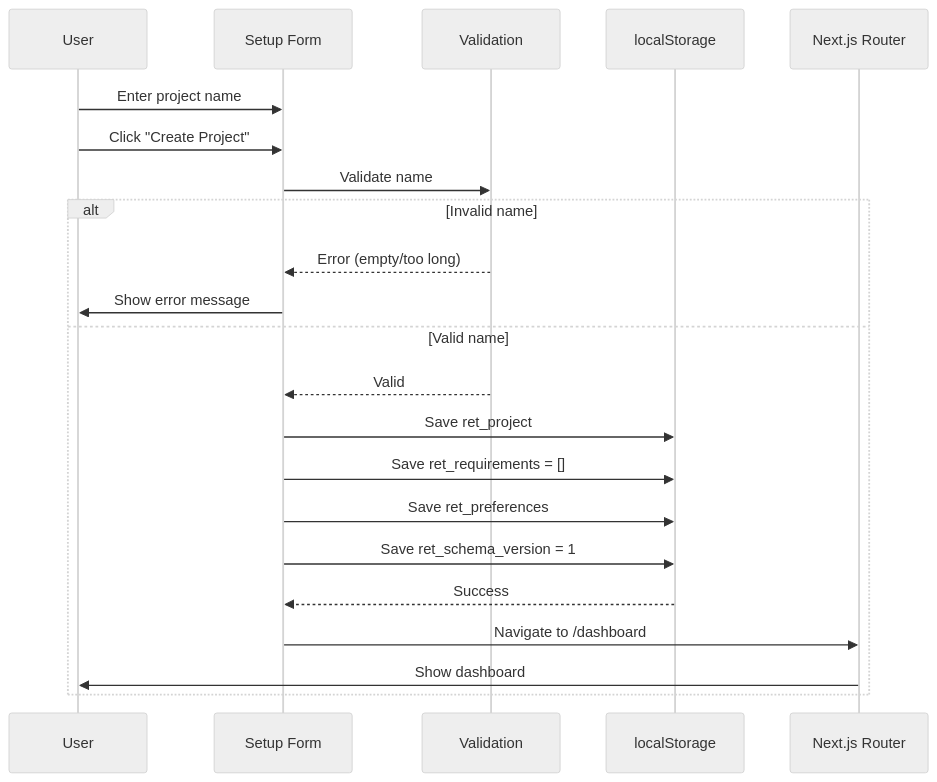
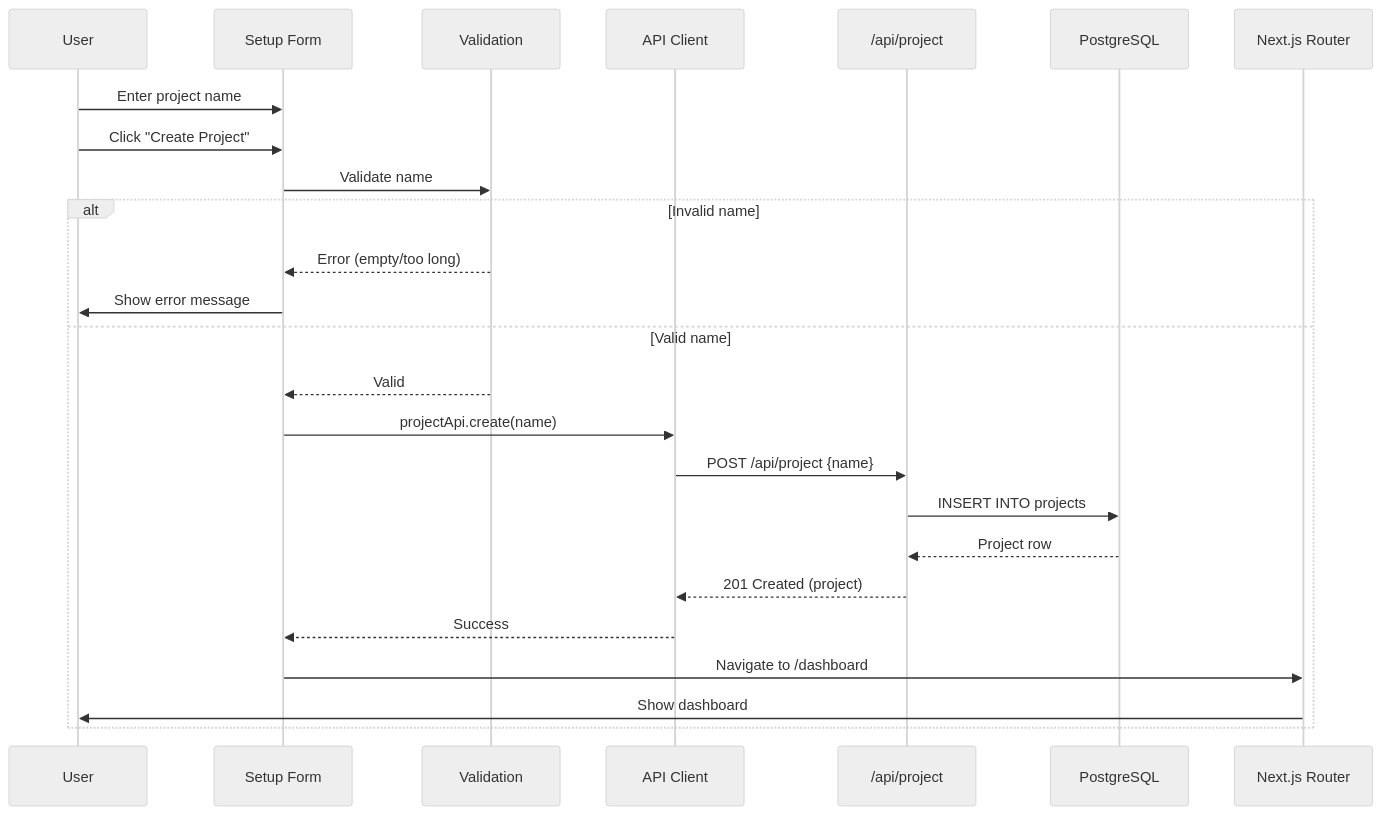
Before and after one commit to FirstRe/AIFIRST: the second of 14 diagrams in docs/technical-spec.md, drawn with Mermaid (neutral theme). The commit also changed other lines of this file and 36 other files, not shown here.

````diff
--- a/docs/technical-spec.md
+++ b/docs/technical-spec.md
@@ -522,27 +846,30 @@
 ```mermaid
 sequenceDiagram
     participant User as User
     participant Form as Setup Form
     participant Validator as Validation
-    participant Storage as localStorage
+    participant API as API Client
+    participant Backend as /api/project
+    participant DB as PostgreSQL
     participant Router as Next.js Router
 
     User->>Form: Enter project name
     User->>Form: Click "Create Project"
 
     Form->>Validator: Validate name
 
     alt Invalid name
         Validator-->>Form: Error (empty/too long)
         Form->>User: Show error message
     else Valid name
         Validator-->>Form: Valid
-        Form->>Storage: Save ret_project
-        Form->>Storage: Save ret_requirements = []
-        Form->>Storage: Save ret_preferences
-        Form->>Storage: Save ret_schema_version = 1
-        Storage-->>Form: Success
+        Form->>API: projectApi.create(name)
+        API->>Backend: POST /api/project {name}
+        Backend->>DB: INSERT INTO projects
+        DB-->>Backend: Project row
+        Backend-->>API: 201 Created (project)
+        API-->>Form: Success
         Form->>Router: Navigate to /dashboard
         Router->>User: Show dashboard
     end
 ```
````
